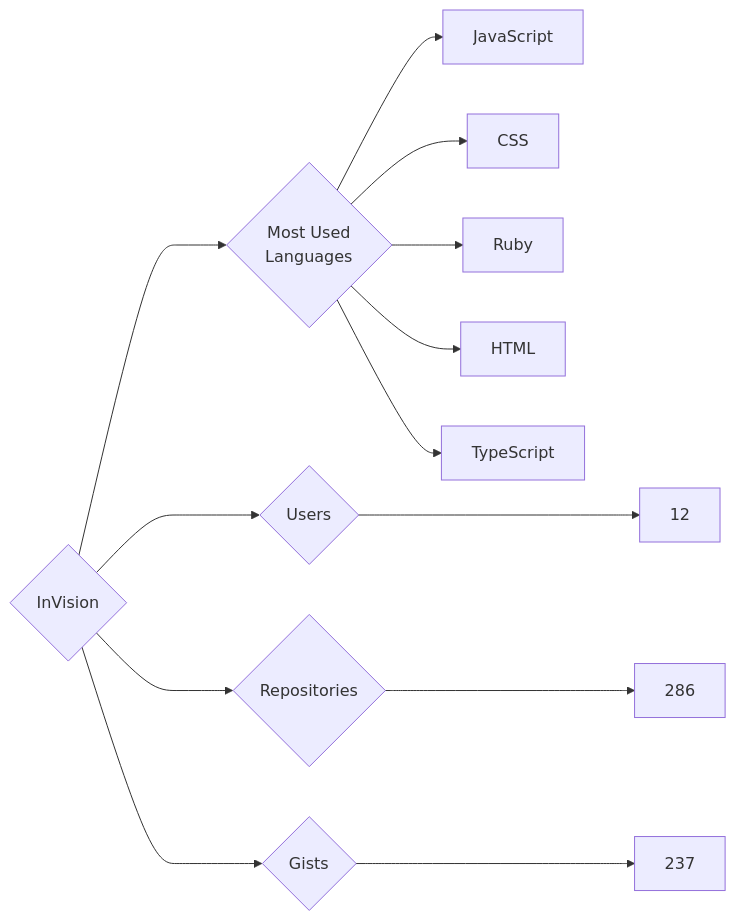
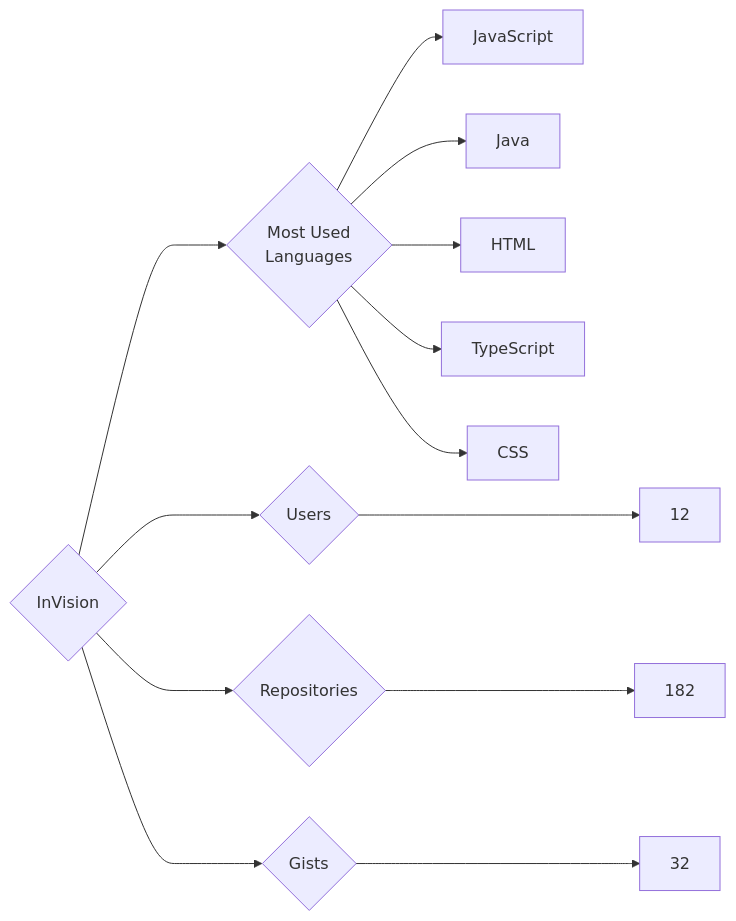
The diagram in targets/InVision/README.md (trickest/insiders), drawn with Mermaid before and after one commit. The commit also changed 752 other files, not shown here.

````diff
--- a/targets/InVision/README.md
+++ b/targets/InVision/README.md
@@ -3,13 +3,13 @@
 ```mermaid
 graph LR
 COMPANY_NAME{InVision}
 COMPANY_NAME ---> U{Users} ---> UN[12]
-COMPANY_NAME ---> R{Repositories} ---> RN[286]
-COMPANY_NAME ---> G{Gists} ---> GN[237]
+COMPANY_NAME ---> R{Repositories} ---> RN[182]
+COMPANY_NAME ---> G{Gists} ---> GN[32]
 COMPANY_NAME ---> ML{Most Used<br>Languages}
 ML --> JavaScript[JavaScript]
-ML --> CSS[CSS]
-ML --> Ruby[Ruby]
+ML --> Java[Java]
 ML --> HTML[HTML]
 ML --> TypeScript[TypeScript]
+ML --> CSS[CSS]
 ```
````
